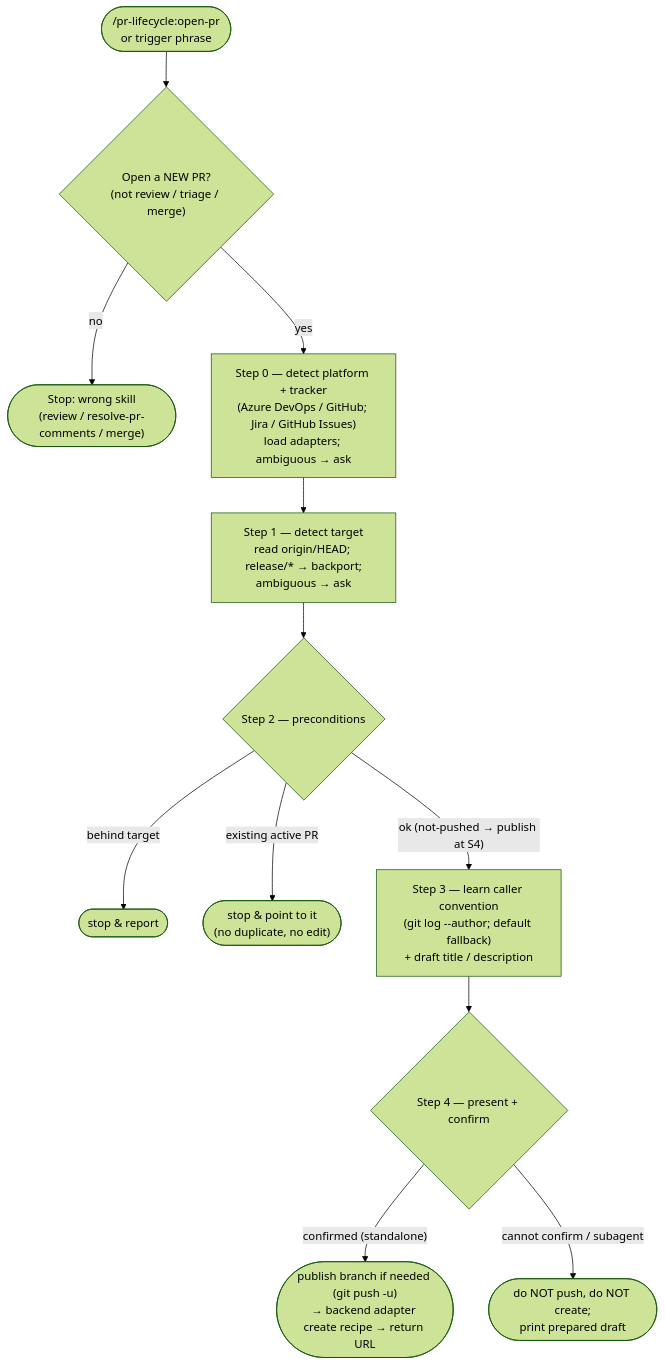
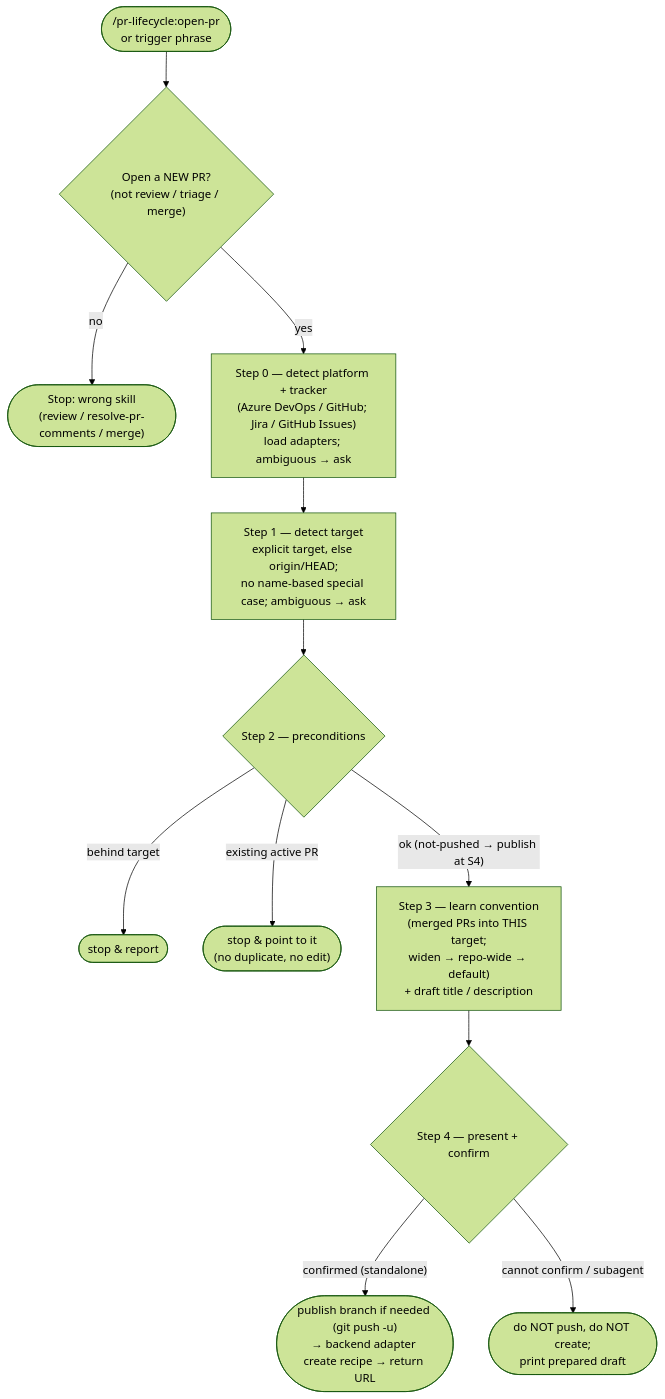
One commit to softwareone-platform/issue-to-pr changed the diagram in plugins/pr-lifecycle/skills/open-pr/README.md. Above: the diagram before and after it, drawn with Mermaid (forest theme). The commit also changed other lines of this file and 10 other files, not shown here.

First line of the commit message:
learn PR convention per target branch

````diff
--- a/plugins/pr-lifecycle/skills/open-pr/README.md
+++ b/plugins/pr-lifecycle/skills/open-pr/README.md
@@ -18,14 +18,14 @@
 ```mermaid
 flowchart TD
     T(["/pr-lifecycle:open-pr<br>or trigger phrase"]) --> G{"Open a NEW PR?<br>(not review / triage / merge)"}
     G -- "no" --> STOP(["Stop: wrong skill<br>(review / resolve-pr-comments / merge)"])
     G -- "yes" --> S0["Step 0 — detect platform + tracker<br>(Azure DevOps / GitHub; Jira / GitHub Issues)<br>load adapters; ambiguous → ask"]
-    S0 --> S1["Step 1 — detect target<br>read origin/HEAD; release/* → backport;<br>ambiguous → ask"]
+    S0 --> S1["Step 1 — detect target<br>explicit target, else origin/HEAD;<br>no name-based special case; ambiguous → ask"]
     S1 --> S2{"Step 2 — preconditions"}
     S2 -- "behind target" --> X1(["stop & report"])
     S2 -- "existing active PR" --> X2(["stop & point to it<br>(no duplicate, no edit)"])
-    S2 -- "ok (not-pushed → publish at S4)" --> S3["Step 3 — learn caller convention<br>(git log --author; default fallback)<br>+ draft title / description"]
+    S2 -- "ok (not-pushed → publish at S4)" --> S3["Step 3 — learn convention<br>(merged PRs into THIS target;<br>widen → repo-wide → default)<br>+ draft title / description"]
     S3 --> S4{"Step 4 — present + confirm"}
     S4 -- "confirmed (standalone)" --> C(["publish branch if needed (git push -u)<br>→ backend adapter create recipe → return URL"])
     S4 -- "cannot confirm / subagent" --> P(["do NOT push, do NOT create;<br>print prepared draft"])
 ```
````
